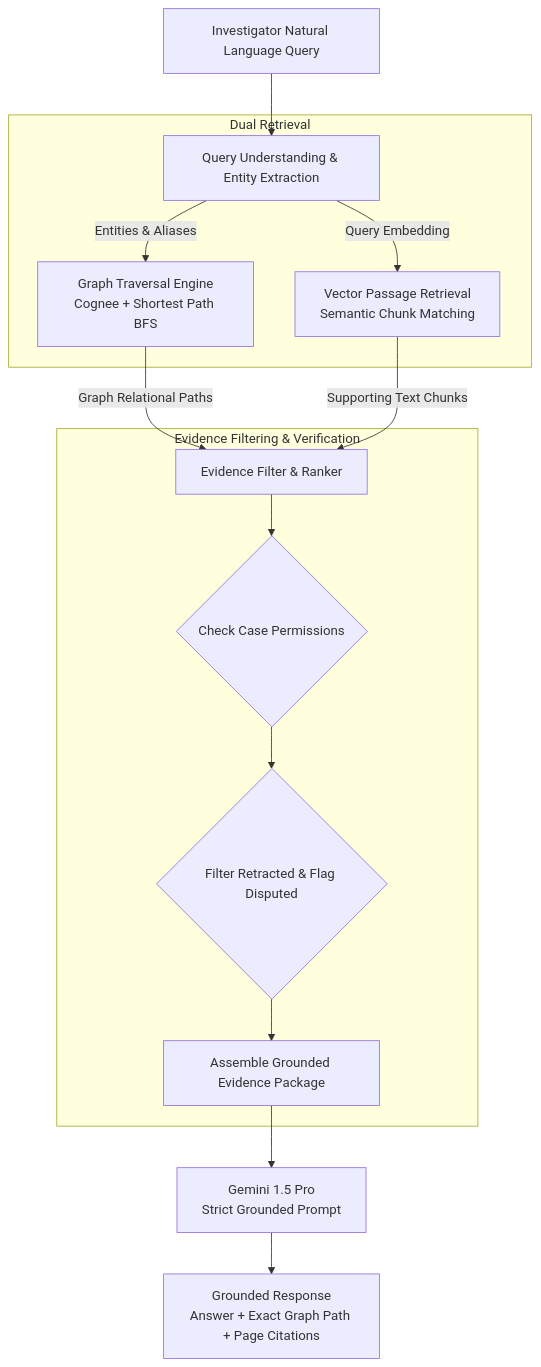
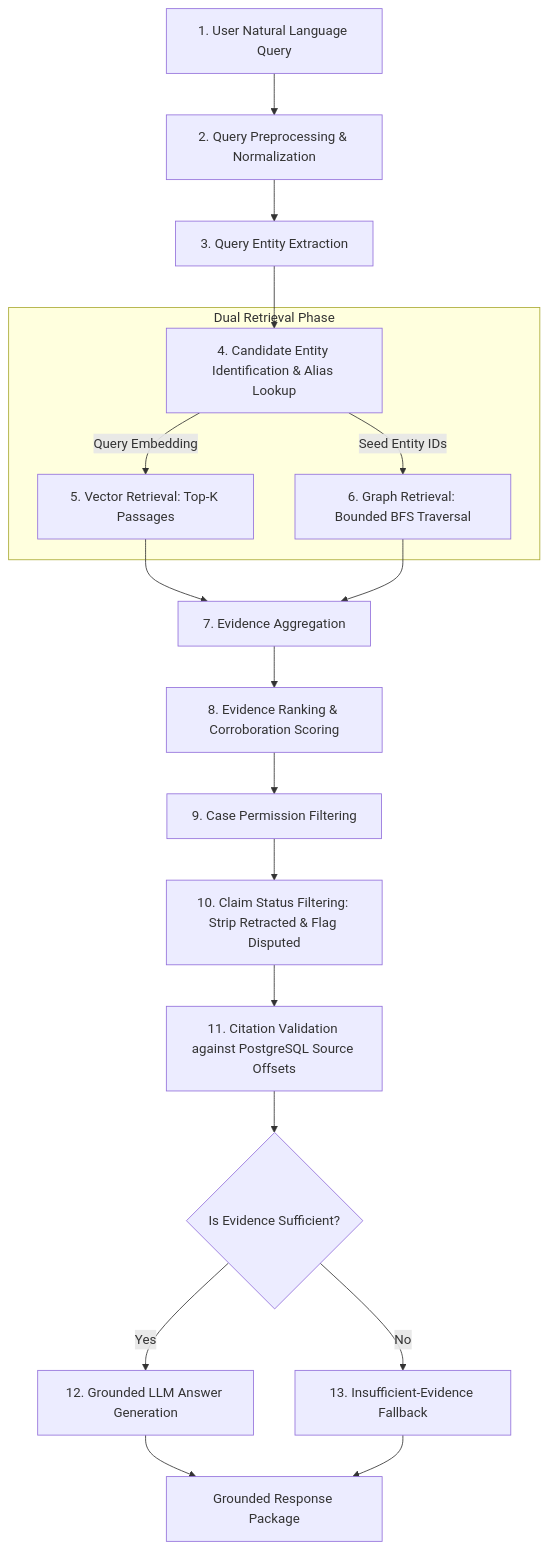
One commit to rushikeshbathe096/RedThread changed the diagram in docs/hybrid-recall-and-rag.md. Above: the diagram before and after it, drawn with Mermaid. The commit also changed other lines of this file and 38 other files, not shown here.

Commit message:
db schema

````diff
--- a/docs/hybrid-recall-and-rag.md
+++ b/docs/hybrid-recall-and-rag.md
@@ -24,21 +29,26 @@
 ```mermaid
 flowchart TD
-    Q[Investigator Natural Language Query] --> U[Query Understanding & Entity Extraction]
+    Q[1. User Natural Language Query] --> P[2. Query Preprocessing & Normalization]
+    P --> E[3. Query Entity Extraction]
+    E --> C[4. Candidate Entity Identification & Alias Lookup]
     
-    subgraph Dual Retrieval
-        U -->|Entities & Aliases| G[Graph Traversal Engine<br/>Cognee + Shortest Path BFS]
-        U -->|Query Embedding| V[Vector Passage Retrieval<br/>Semantic Chunk Matching]
+    subgraph Dual Retrieval Phase
+        C -->|Query Embedding| V[5. Vector Retrieval: Top-K Passages]
+        C -->|Seed Entity IDs| G[6. Graph Retrieval: Bounded BFS Traversal]
     end
     
-    G -->|Graph Relational Paths| F[Evidence Filter & Ranker]
-    V -->|Supporting Text Chunks| F
+    V --> A[7. Evidence Aggregation]
+    G --> A
     
-    subgraph Evidence Filtering & Verification
-        F --> AuthCheck{Check Case Permissions}
-        AuthCheck --> StatusFilter{Filter Retracted & Flag Disputed}
-        StatusFilter --> ContextAsm[Assemble Grounded Evidence Package]
-    end
+    A --> R[8. Evidence Ranking & Corroboration Scoring]
+    R --> F1[9. Case Permission Filtering]
+    F1 --> F2[10. Claim Status Filtering: Strip Retracted & Flag Disputed]
+    F2 --> CV[11. Citation Validation against PostgreSQL Source Offsets]
     
-    ContextAsm --> LLM[Gemini 1.5 Pro<br/>Strict Grounded Prompt]
-    LLM --> Out[Grounded Response<br/>Answer + Exact Graph Path + Page Citations]
+    CV --> GCheck{Is Evidence Sufficient?}
+    GCheck -- Yes --> Synth[12. Grounded LLM Answer Generation]
+    GCheck -- No --> Fallback[13. Insufficient-Evidence Fallback]
+    
+    Synth --> Out[Grounded Response Package]
+    Fallback --> Out
 ```
````
